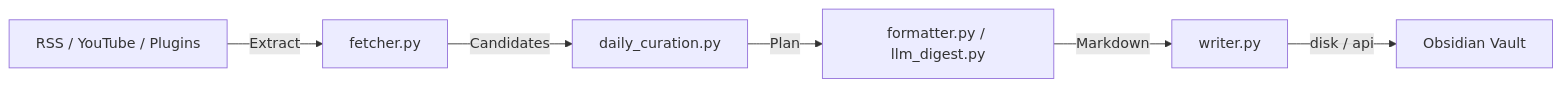
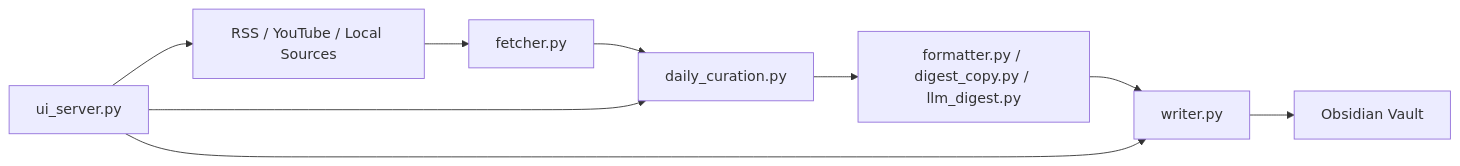
One commit to haoran3160-afk/pkm_obsidian_workflow changed the diagram in docs/index.md. Above: the diagram before and after it, drawn with Mermaid. The commit also changed other lines of this file and 56 other files, not shown here.

````diff
--- a/docs/index.md
+++ b/docs/index.md
@@ -41,8 +41,11 @@
 ```mermaid
 graph LR
-    A["RSS / YouTube / Plugins"] -->|Extract| B["fetcher.py"]
-    B -->|Candidates| C["daily_curation.py"]
-    C -->|Plan| D["formatter.py / llm_digest.py"]
-    D -->|Markdown| E["writer.py"]
-    E -->|disk / api| F["Obsidian Vault"]
+    A["RSS / YouTube / Local Sources"] --> B["fetcher.py"]
+    B --> C["daily_curation.py"]
+    C --> D["formatter.py / digest_copy.py / llm_digest.py"]
+    D --> E["writer.py"]
+    E --> F["Obsidian Vault"]
+    G["ui_server.py"] --> A
+    G --> C
+    G --> E
 ```
````
